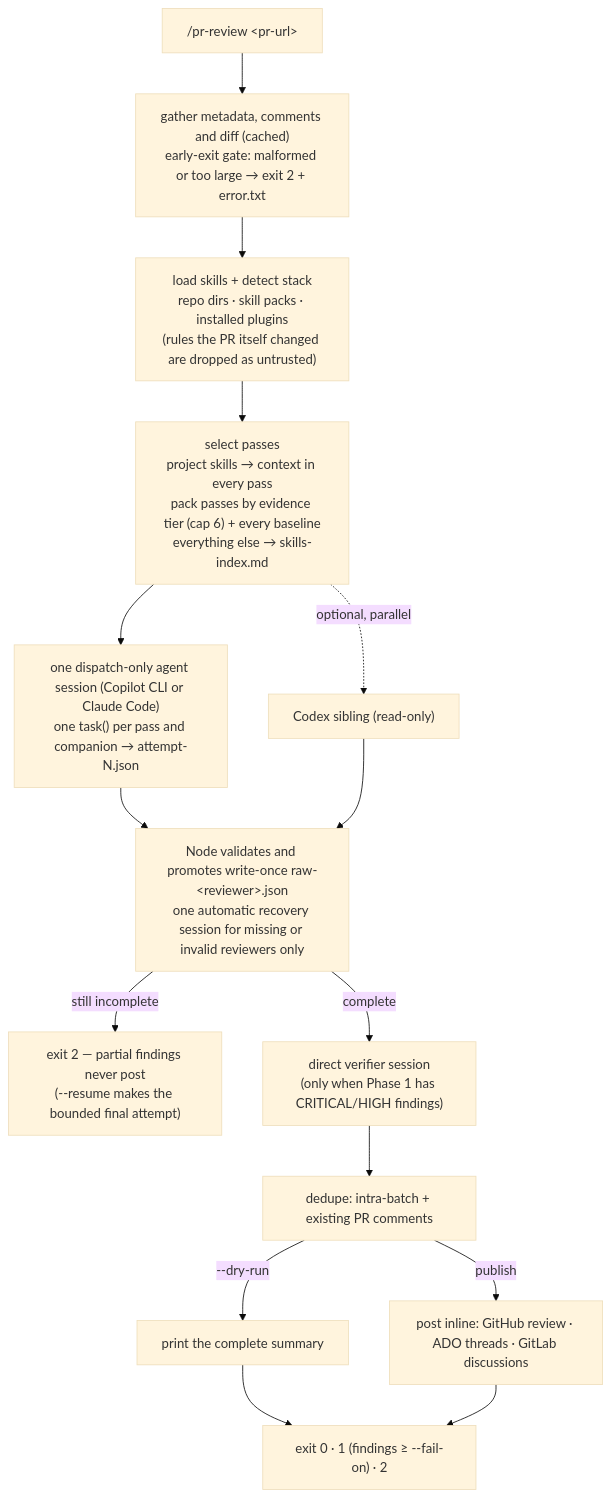
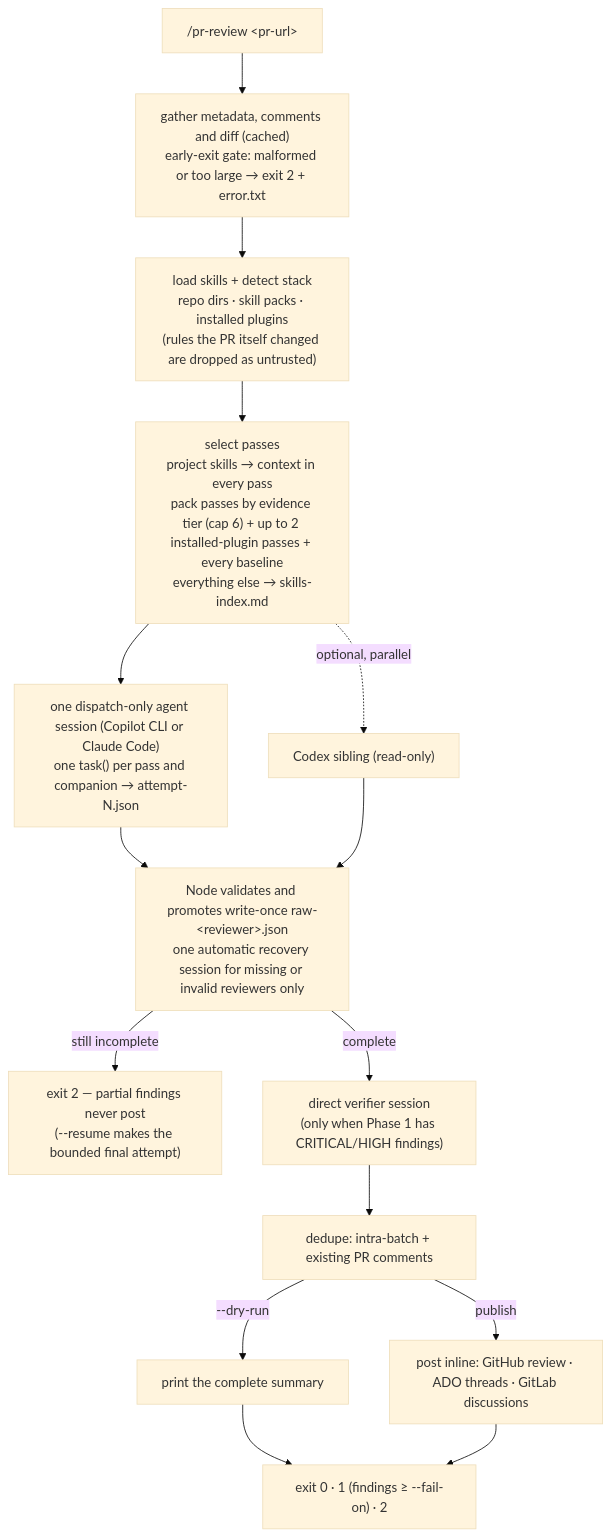
One commit to guimatheus92/pr-review changed the diagram in README.md. Above: the diagram before and after it, drawn with Mermaid (base theme). The commit also changed other lines of this file and 1 other file, not shown here.

````diff
--- a/README.md
+++ b/README.md
@@ -41,17 +41,17 @@
 ```mermaid
 flowchart TD
     U["/pr-review #lt;pr-url#gt;"] --> G["gather metadata, comments and diff (cached)<br/>early-exit gate: malformed or too large → exit 2 + error.txt"]
     G --> L["load skills + detect stack<br/>repo dirs · skill packs · installed plugins<br/>(rules the PR itself changed are dropped as untrusted)"]
-    L --> P["select passes<br/>project skills → context in every pass<br/>pack passes by evidence tier (cap 6) + every baseline<br/>everything else → skills-index.md"]
+    L --> P["select passes<br/>project skills → context in every pass<br/>pack passes by evidence tier (cap 6) + up to 2 installed-plugin passes + every baseline<br/>everything else → skills-index.md"]
     P --> D["one dispatch-only agent session (Copilot CLI or Claude Code)<br/>one task() per pass and companion → attempt-N.json"]
     P -. optional, parallel .-> C["Codex sibling (read-only)"]
     D --> N["Node validates and promotes write-once raw-#lt;reviewer#gt;.json<br/>one automatic recovery session for missing or invalid reviewers only"]
     C --> N
     N -- still incomplete --> E2["exit 2 — partial findings never post<br/>(--resume makes the bounded final attempt)"]
     N -- complete --> V["direct verifier session<br/>(only when Phase 1 has CRITICAL/HIGH findings)"]
     V --> DD["dedupe: intra-batch + existing PR comments"]
     DD -- "--dry-run" --> SUM["print the complete summary"]
     DD -- publish --> POST["post inline: GitHub review · ADO threads · GitLab discussions"]
     SUM --> EX["exit 0 · 1 (findings ≥ --fail-on) · 2"]
     POST --> EX
 ```
````
